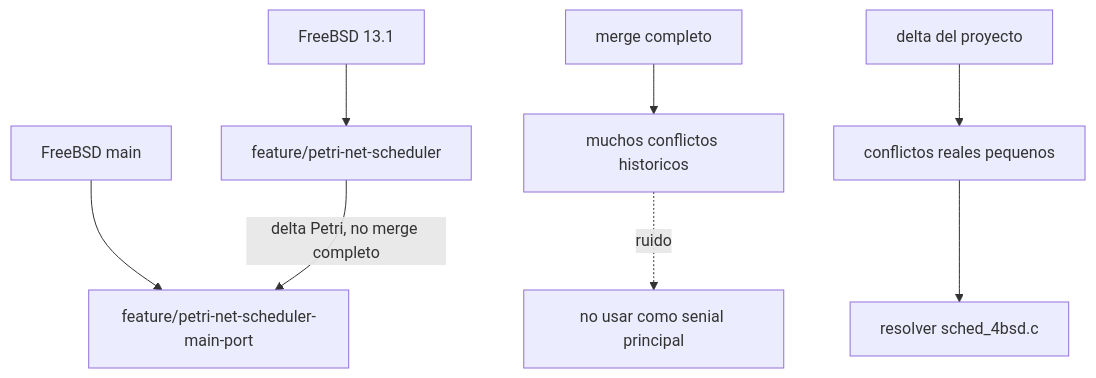
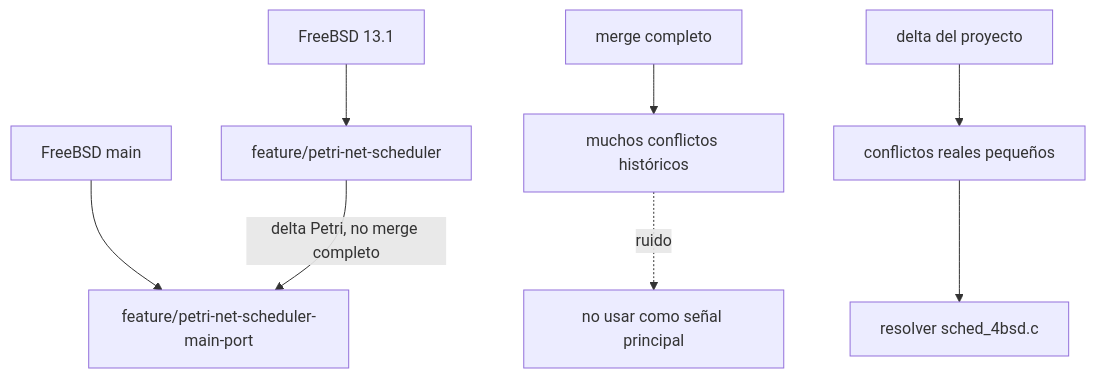
Before and after one commit to drudilea/free-bsd-scheduler: the diagram in project_files/migration_files/port-main/01-contexto.md, drawn with Mermaid. The commit also changed other lines of this file and 7 other files, not shown here.

````diff
--- a/project_files/migration_files/port-main/01-contexto.md
+++ b/project_files/migration_files/port-main/01-contexto.md
@@ -57,12 +57,12 @@
 ```mermaid
 flowchart TD
     A["FreeBSD 13.1"] --> B["feature/petri-net-scheduler"]
     C["FreeBSD main"] --> D["feature/petri-net-scheduler-main-port"]
     B -->|"delta Petri, no merge completo"| D
 
-    E["merge completo"] --> F["muchos conflictos historicos"]
-    G["delta del proyecto"] --> H["conflictos reales pequenos"]
+    E["merge completo"] --> F["muchos conflictos históricos"]
+    G["delta del proyecto"] --> H["conflictos reales pequeños"]
 
-    F -. "ruido" .-> X["no usar como senial principal"]
+    F -. "ruido" .-> X["no usar como señal principal"]
     H --> Y["resolver sched_4bsd.c"]
 ```
````
